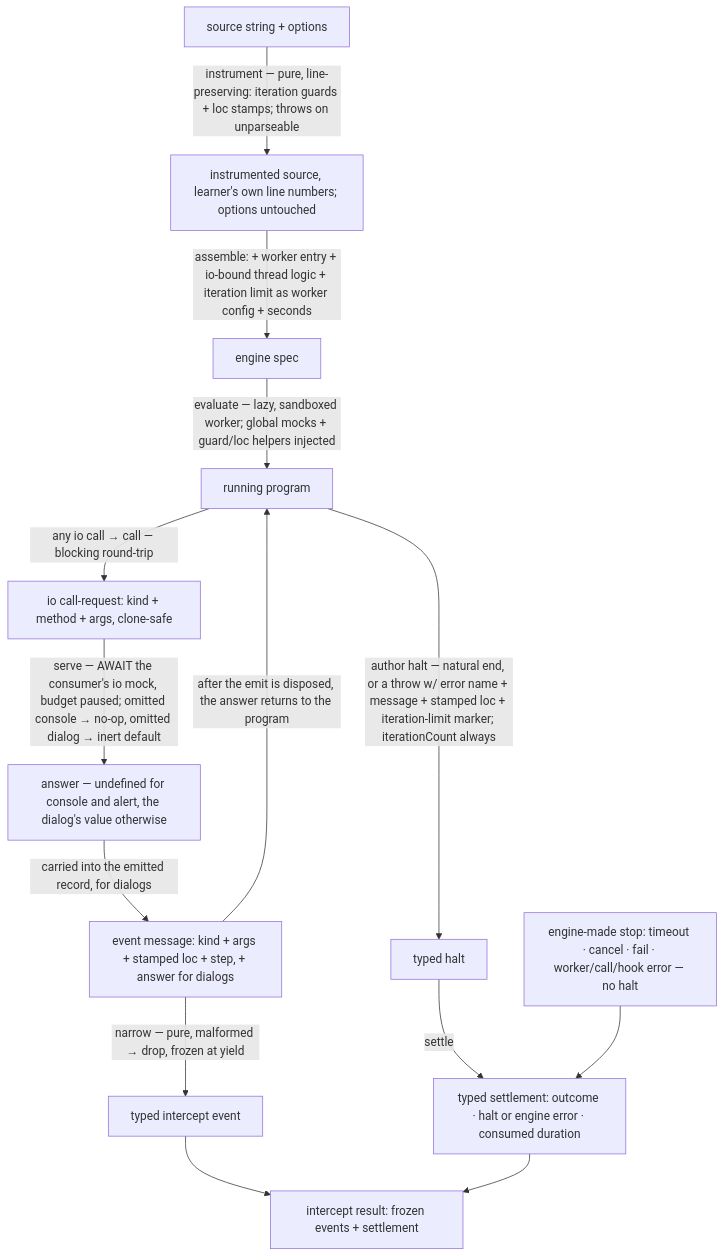
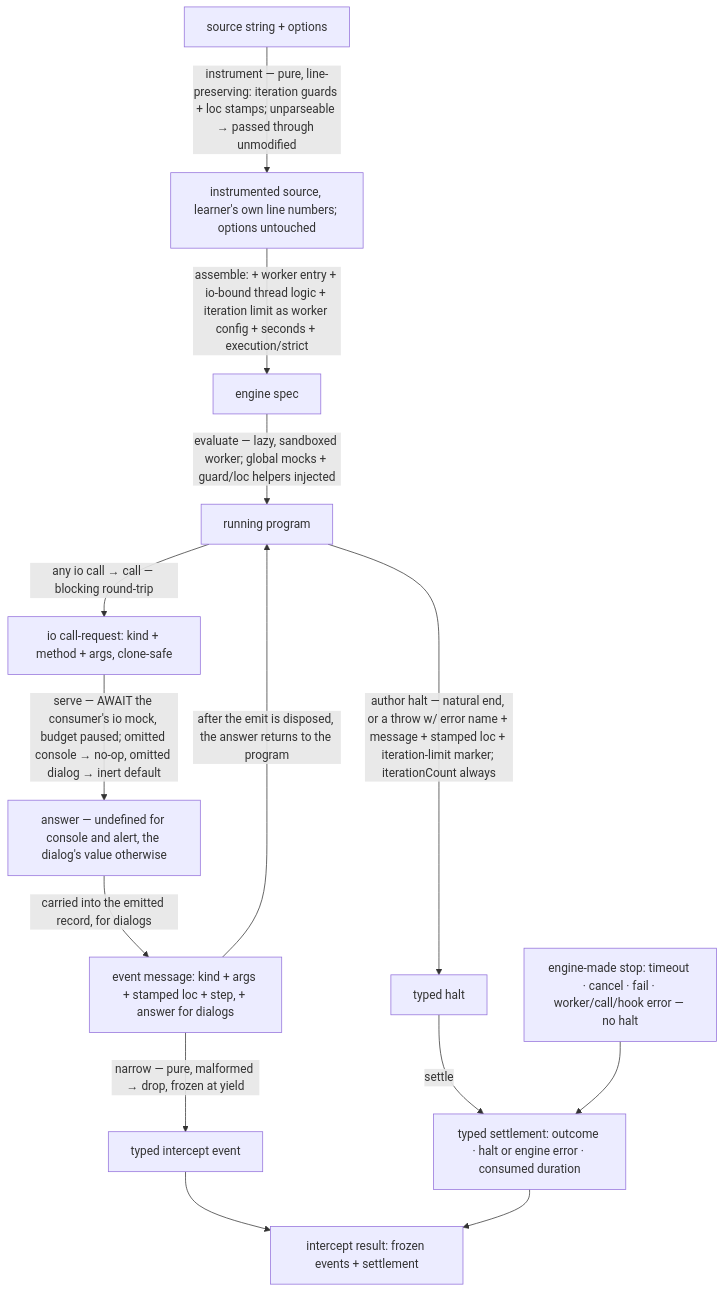
Before and after one commit to codeschoolinabox/curricula: the diagram in src/lib/study-lenses/embody/lib/evaluating/evaluators/intercept/DOCS.md, drawn with Mermaid. The commit also changed other lines of this file and 2 other files, not shown here.

First line of the commit message:
docs: pass unparseable through intercept + add run-button run options

````diff
--- a/src/lib/study-lenses/embody/lib/evaluating/evaluators/intercept/DOCS.md
+++ b/src/lib/study-lenses/embody/lib/evaluating/evaluators/intercept/DOCS.md
@@ -73,19 +74,19 @@
 ```mermaid
 flowchart TD
-    SRC[source string + options] -->|instrument — pure, line-preserving: iteration guards + loc stamps; throws on unparseable| ICODE[instrumented source, learner's own line numbers; options untouched]
-    ICODE -->|assemble: + worker entry + io-bound thread logic + iteration limit as worker config + seconds| SPEC[engine spec]
+    SRC[source string + options] -->|instrument — pure, line-preserving: iteration guards + loc stamps; unparseable → passed through unmodified| ICODE[instrumented source, learner's own line numbers; options untouched]
+    ICODE -->|assemble: + worker entry + io-bound thread logic + iteration limit as worker config + seconds + execution/strict| SPEC[engine spec]
     SPEC -->|evaluate — lazy, sandboxed worker; global mocks + guard/loc helpers injected| RUN[running program]
 
     RUN -->|any io call → call — blocking round-trip| REQ[io call-request: kind + method + args, clone-safe]
     REQ -->|serve — AWAIT the consumer's io mock, budget paused; omitted console → no-op, omitted dialog → inert default| ANS[answer — undefined for console and alert, the dialog's value otherwise]
     ANS -->|carried into the emitted record, for dialogs| MSG[event message: kind + args + stamped loc + step, + answer for dialogs]
     MSG -->|narrow — pure, malformed → drop, frozen at yield| EVT[typed intercept event]
     MSG -->|after the emit is disposed, the answer returns to the program| RUN
 
     RUN -->|author halt — natural end, or a throw w/ error name + message + stamped loc + iteration-limit marker; iterationCount always| HALT[typed halt]
     HALT -->|settle| SETTLEMENT[typed settlement: outcome · halt or engine error · consumed duration]
     STOP[engine-made stop: timeout · cancel · fail · worker/call/hook error — no halt] --> SETTLEMENT
 
     EVT --> RESULT[intercept result: frozen events + settlement]
     SETTLEMENT --> RESULT
 ```
````
